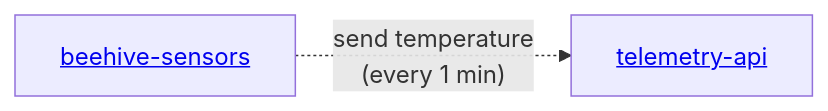
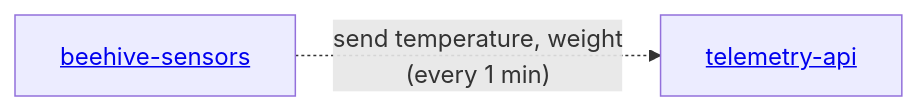
The diagram in README.md (Gratheon/beehive-sensors), drawn with Mermaid before and after one commit.

````diff
--- a/README.md
+++ b/README.md
@@ -6,4 +6,4 @@
 ```mermaid
 flowchart LR
-    beehive-sensors[<a href="https://github.com/Gratheon/beehive-sensors">beehive-sensors</a>] -."send temperature \n(every 1 min)".-> telemetry-api[<a href="https://github.com/Gratheon/telemetry-api">telemetry-api</a>]
+    beehive-sensors[<a href="https://github.com/Gratheon/beehive-sensors">beehive-sensors</a>] -."send temperature, weight <br /> (every 1 min)".-> telemetry-api[<a href="https://github.com/Gratheon/telemetry-api">telemetry-api</a>]
 ```
````
